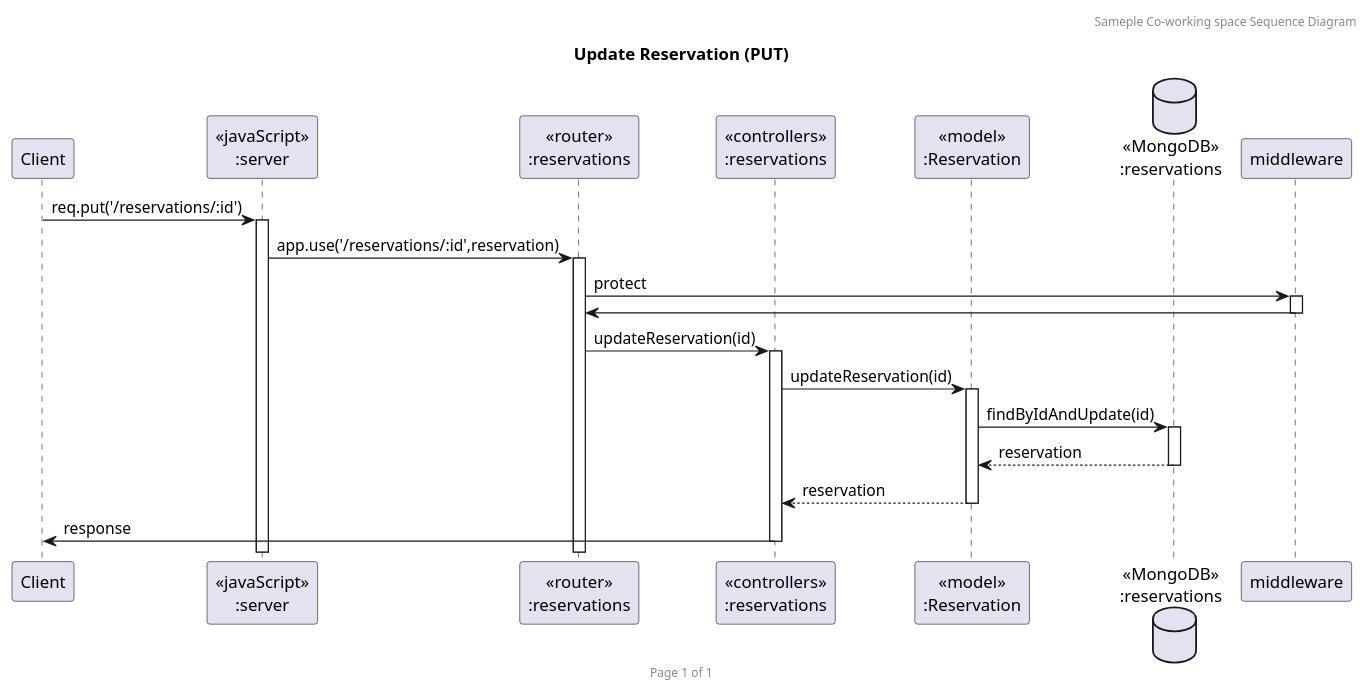
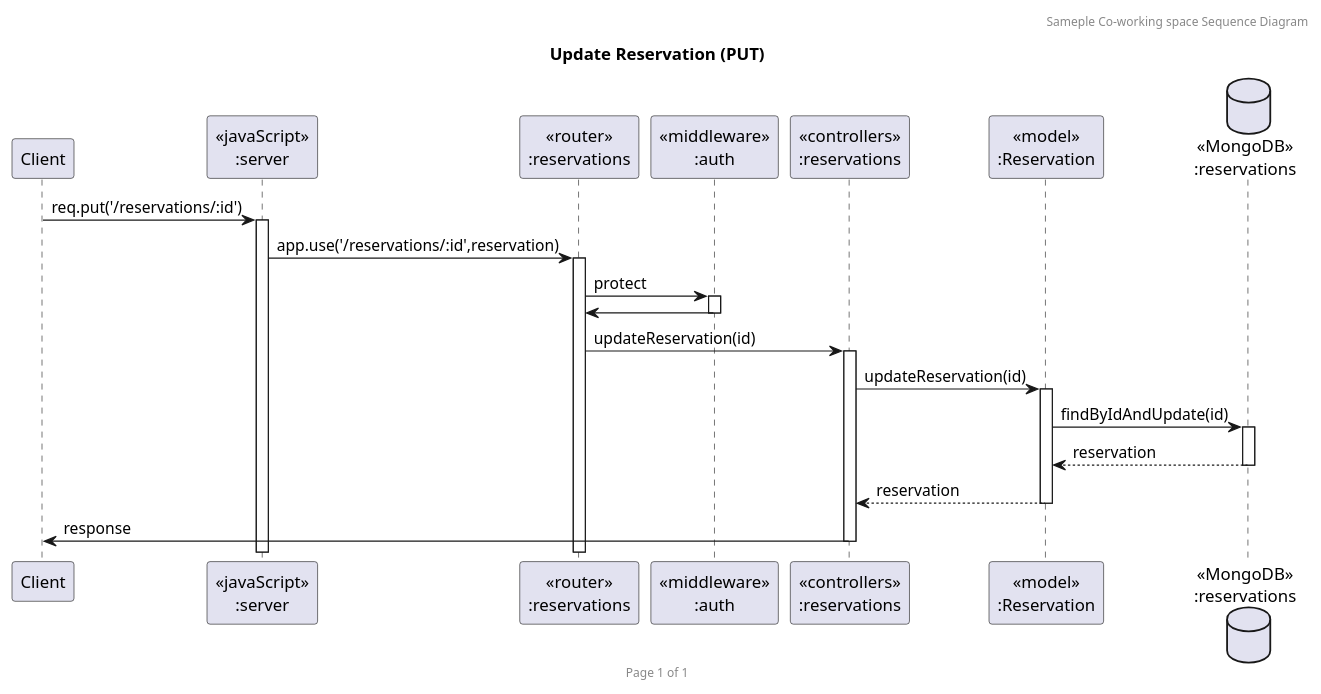
Before and after one commit to GavinITP/co-working-space-reservation: the diagram in uml/coWorking_reservation_put.puml, drawn with PlantUML. The commit also changed 3 other files, not shown here.

```diff
--- a/uml/coWorking_reservation_put.puml
+++ b/uml/coWorking_reservation_put.puml
@@ -1,25 +1,27 @@
 @startuml Update Reservation (PUT)
 
 header Sameple Co-working space Sequence Diagram
 footer Page %page% of %lastpage%
 title "Update Reservation (PUT)"
 
 participant "Client" as client
 participant "<<javaScript>>\n:server" as server
 participant "<<router>>\n:reservations" as routerReservation
+participant "<<middleware>>\n:auth" as middleware
 participant "<<controllers>>\n:reservations" as controllersReservation
 participant "<<model>>\n:Reservation" as modelReservation
+
 database "<<MongoDB>>\n:reservations" as ReservationDatabase
 
 client->server ++:req.put('/reservations/:id')
 server->routerReservation ++:app.use('/reservations/:id',reservation)
 routerReservation -> middleware ++: protect
 middleware -> routerReservation --: 
 routerReservation -> controllersReservation ++:updateReservation(id)
 controllersReservation->modelReservation ++:updateReservation(id)
 modelReservation ->ReservationDatabase ++: findByIdAndUpdate(id)
 ReservationDatabase --> modelReservation --: reservation
 controllersReservation <-- modelReservation --: reservation
 controllersReservation->client --:response
 
 @enduml
```
